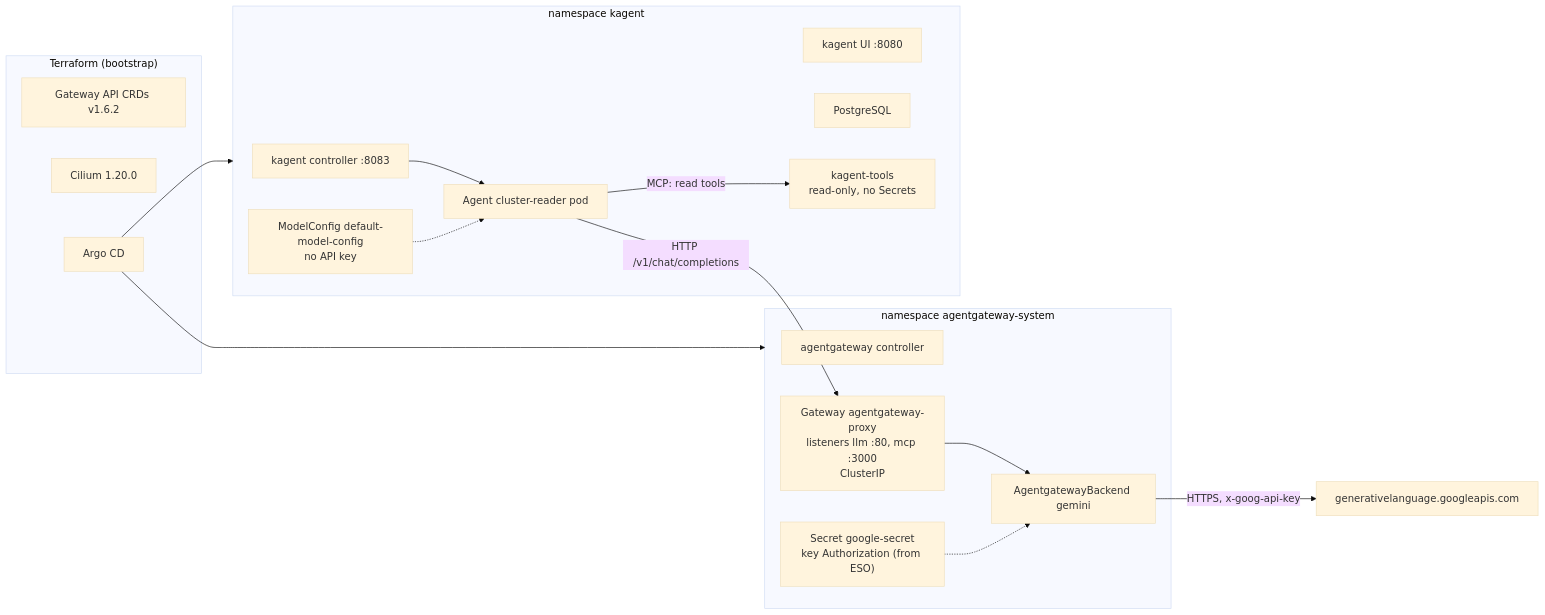
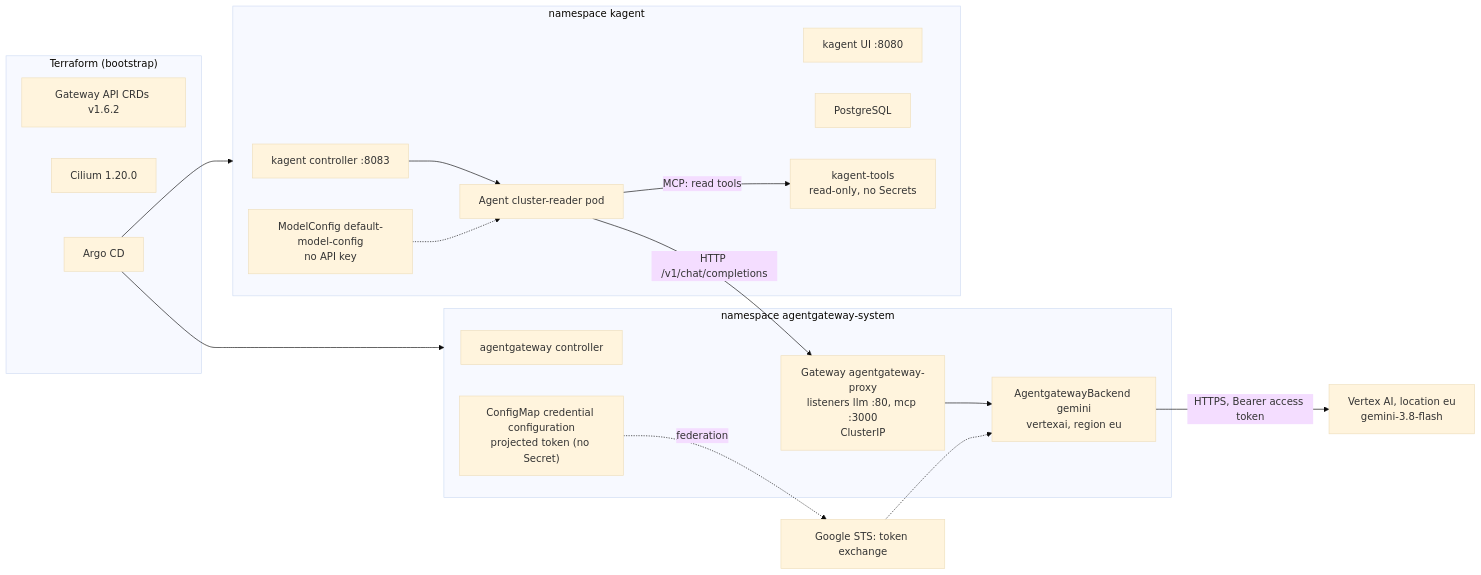
Before and after one commit to gsuquet/homelab: the second of 4 diagrams in docs/records/rfcs/0008-kagent-and-agentgateway.md, drawn with Mermaid (base theme). The commit also changed other lines of this file, not shown here.

First line of the commit message:
docs(records): move RFC 0008 to Vertex AI with federation

````diff
--- a/docs/records/rfcs/0008-kagent-and-agentgateway.md
+++ b/docs/records/rfcs/0008-kagent-and-agentgateway.md
@@ -160,32 +195,34 @@
 ```mermaid
 flowchart LR
     subgraph TF["Terraform (bootstrap)"]
         GWAPI["Gateway API CRDs v1.6.2"]
         CIL["Cilium 1.20.0"]
         ACD["Argo CD"]
     end
     subgraph AGW["namespace agentgateway-system"]
         AGC["agentgateway controller"]
         GW["Gateway agentgateway-proxy<br/>listeners llm :80, mcp :3000<br/>ClusterIP"]
-        BE["AgentgatewayBackend gemini"]
-        SEC["Secret google-secret<br/>key Authorization (from ESO)"]
+        BE["AgentgatewayBackend gemini<br/>vertexai, region eu"]
+        CRED["ConfigMap credential configuration<br/>projected token (no Secret)"]
     end
     subgraph KA["namespace kagent"]
         KC["kagent controller :8083"]
         UI["kagent UI :8080"]
         PG["PostgreSQL"]
         TOOLS["kagent-tools<br/>read-only, no Secrets"]
         AG["Agent cluster-reader pod"]
         MC["ModelConfig default-model-config<br/>no API key"]
     end
-    GEM["generativelanguage.googleapis.com"]
+    STS["Google STS: token exchange"]
+    GEM["Vertex AI, location eu<br/>gemini-3.8-flash"]
     ACD --> AGW
     ACD --> KA
     KC --> AG
     AG -->|"MCP: read tools"| TOOLS
     AG -->|"HTTP /v1/chat/completions"| GW
     GW --> BE
-    BE -->|"HTTPS, x-goog-api-key"| GEM
-    SEC -.-> BE
+    BE -->|"HTTPS, Bearer access token"| GEM
+    CRED -.->|"federation"| STS
+    STS -.-> BE
     MC -.-> AG
 ```
````
